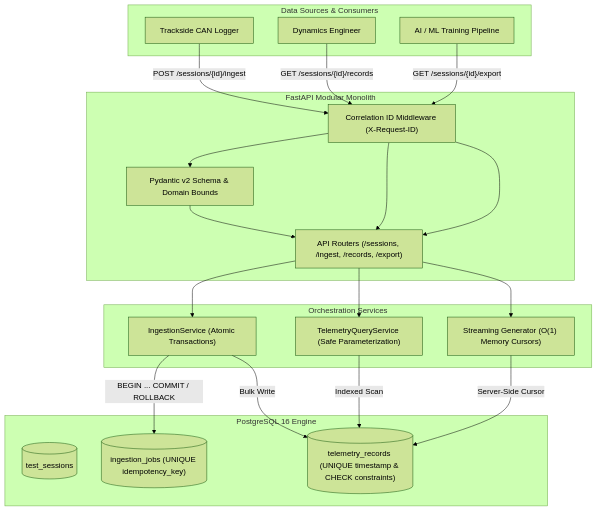
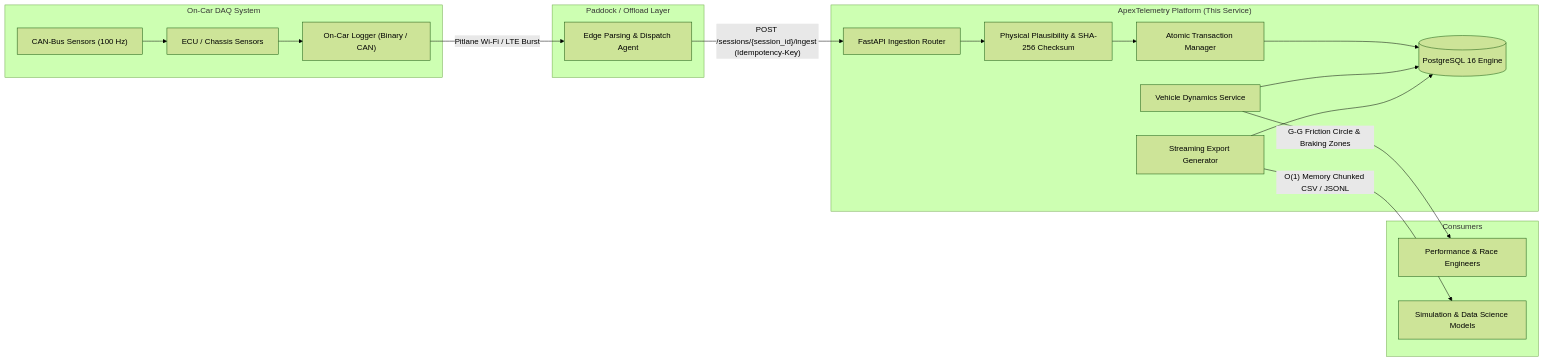
One commit to arch3ese/apex-telemetry changed the diagram in README.md. Above: the diagram before and after it, drawn with Mermaid (forest theme). The commit also changed other lines of this file and 10 other files, not shown here.

Commit message:
feat(dynamics): add vehicle dynamics analysis, FastF1 telemetry ingestion, and de-hyped documentation

````diff
--- a/README.md
+++ b/README.md
@@ -38,35 +27,26 @@
 ```mermaid
-flowchart TD
-    subgraph Clients["Data Sources & Consumers"]
-        L["Trackside CAN Logger"]
-        E["Dynamics Engineer"]
-        AI["AI / ML Training Pipeline"]
+flowchart LR
+    subgraph OnCar["On-Car DAQ System"]
+        CAN["CAN-Bus Sensors (100 Hz)"] --> ECU["ECU / Chassis Sensors"]
+        ECU --> LOGGER["On-Car Logger (Binary / CAN)"]
     end
 
-    subgraph API["FastAPI Modular Monolith"]
-        MW["Correlation ID Middleware (X-Request-ID)"]
-        VAL["Pydantic v2 Schema & Domain Bounds"]
-        ROUT["API Routers (/sessions, /ingest, /records, /export)"]
+    subgraph Trackside["Paddock / Offload Layer"]
+        LOGGER -->|"Pitlane Wi-Fi / LTE Burst"| PARSER["Edge Parsing & Dispatch Agent"]
     end
 
-    subgraph Services["Orchestration Services"]
-        ING["IngestionService (Atomic Transactions)"]
-        QRY["TelemetryQueryService (Safe Parameterization)"]
-        EXP["Streaming Generator (O(1) Memory Cursors)"]
+    subgraph Backend["ApexTelemetry Platform (This Service)"]
+        PARSER -->|"POST /sessions/{session_id}/ingest (Idempotency-Key)"| API["FastAPI Ingestion Router"]
+        API --> VAL["Physical Plausibility & SHA-256 Checksum"]
+        VAL --> TX["Atomic Transaction Manager"]
+        TX --> PG[("PostgreSQL 16 Engine")]
+        
+        ANL["Vehicle Dynamics Service"] --> PG
+        EXP["Streaming Export Generator"] --> PG
     end
 
-    subgraph DB["PostgreSQL 16 Engine"]
-        T1[("test_sessions")]
-        T2[("ingestion_jobs (UNIQUE idempotency_key)")]
-        T3[("telemetry_records (UNIQUE timestamp & CHECK constraints)")]
+    subgraph Engineering["Consumers"]
+        ANL -->|"G-G Friction Circle & Braking Zones"| ENG["Performance & Race Engineers"]
+        EXP -->|"O(1) Memory Chunked CSV / JSONL"| ML["Simulation & Data Science Models"]
     end
-
-    L -->|"POST /sessions/{id}/ingest"| MW --> VAL --> ROUT --> ING
-    E -->|"GET /sessions/{id}/records"| MW --> ROUT --> QRY
-    AI -->|"GET /sessions/{id}/export"| MW --> ROUT --> EXP
-
-    ING -->|BEGIN ... COMMIT / ROLLBACK| T2
-    ING -->|Bulk Write| T3
-    QRY -->|Indexed Scan| T3
-    EXP -->|Server-Side Cursor| T3
 ```
````
